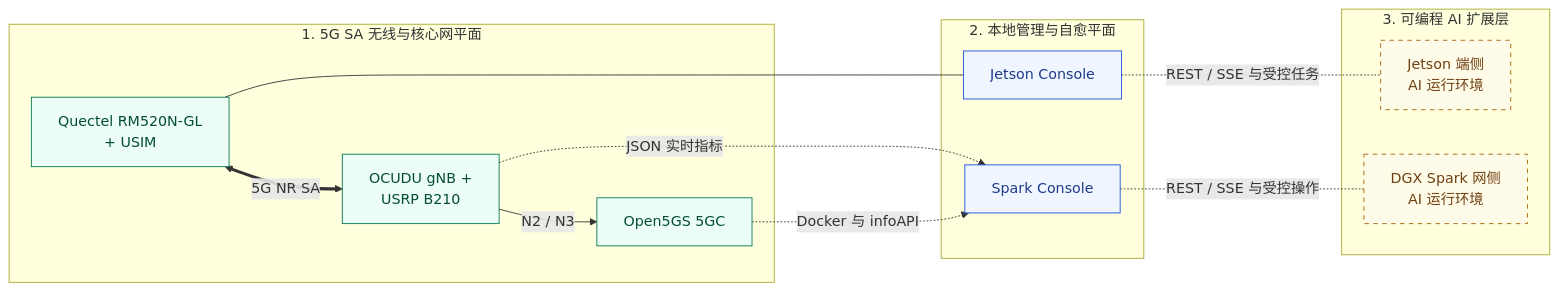
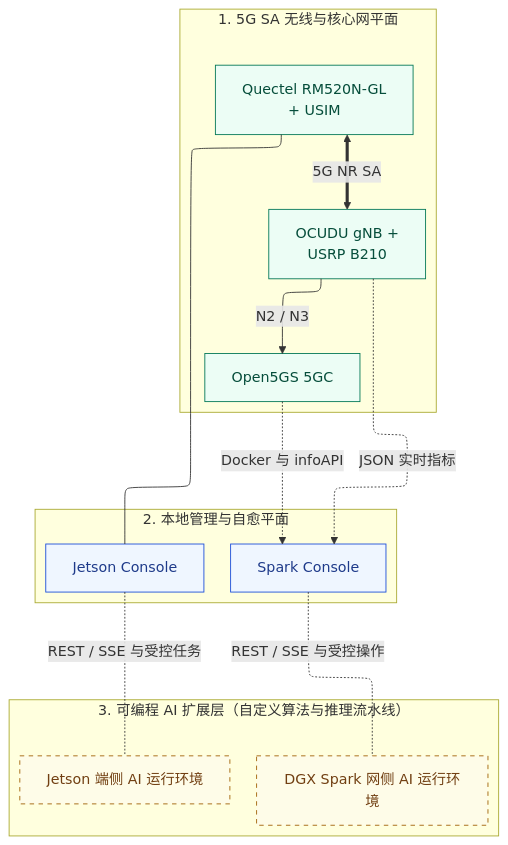
Before and after one commit to HKUOpenSource/OpenAirKit: the diagram in docs/architecture.zh-CN.md, drawn with Mermaid. The commit also changed 5 other files, not shown here.

Commit message:
docs: switch layered Mermaid diagrams to vertical TB with ELK layout

````diff
--- a/docs/architecture.zh-CN.md
+++ b/docs/architecture.zh-CN.md
@@ -19,30 +19,37 @@
 ```mermaid
-flowchart LR
+---
+config:
+  layout: elk
+---
+flowchart TB
   classDef stack fill:#ecfdf5,stroke:#047857,color:#064e3b
   classDef mgmt fill:#eff6ff,stroke:#1d4ed8,color:#1e3a8a
   classDef ai fill:#fefce8,stroke:#a16207,stroke-dasharray:5 5,color:#713f12
 
   subgraph STACK["1. 5G SA 无线与核心网平面"]
+    direction LR
     RM["Quectel RM520N-GL<br/>+ USIM"]:::stack
     GNB["OCUDU gNB +<br/>USRP B210"]:::stack
     CORE["Open5GS 5GC"]:::stack
     RM <== "5G NR SA" ==> GNB
     GNB -- "N2 / N3" --> CORE
   end
 
   subgraph MGMT["2. 本地管理与自愈平面"]
+    direction LR
     JC["Jetson Console"]:::mgmt
     SP["Spark Console"]:::mgmt
   end
 
-  subgraph AI["3. 可编程 AI 扩展层"]
-    JAI["Jetson 端侧<br/>AI 运行环境"]:::ai
-    SAI["DGX Spark 网侧<br/>AI 运行环境"]:::ai
+  subgraph AI["3. 可编程 AI 扩展层（自定义算法与推理流水线）"]
+    direction LR
+    JAI["Jetson 端侧 AI 运行环境"]:::ai
+    SAI["DGX Spark 网侧 AI 运行环境"]:::ai
   end
 
   RM --- JC
   GNB -. "JSON 实时指标" .-> SP
   CORE -. "Docker 与 infoAPI" .-> SP
   JC -. "REST / SSE 与受控任务" .- JAI
   SP -. "REST / SSE 与受控操作" .- SAI
 ```
````
